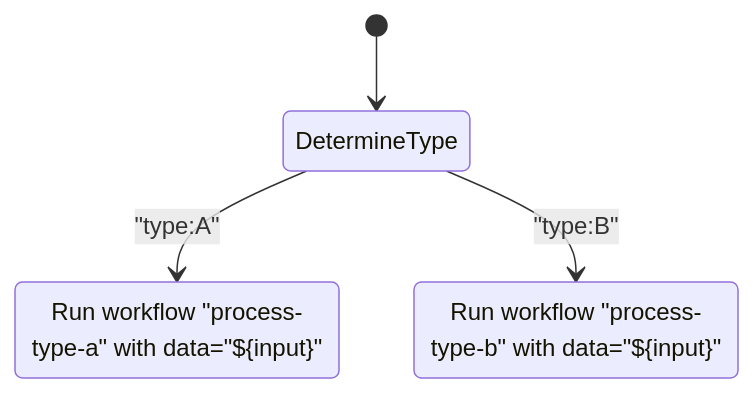
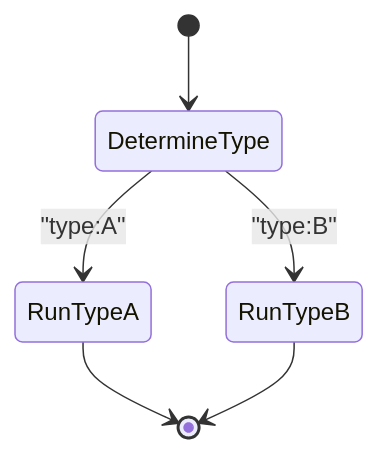
Before and after one commit to wballard/swissarmyhammer: the ninth of 10 diagrams in doc/src/workflows.md, drawn with Mermaid. The commit also changed other lines of this file and 3 other files, not shown here.

````diff
--- a/doc/src/workflows.md
+++ b/doc/src/workflows.md
@@ -341,9 +464,8 @@
 ```mermaid
 stateDiagram-v2
     [*] --> DetermineType
     DetermineType --> RunTypeA: "type:A"
     DetermineType --> RunTypeB: "type:B"
-    
-    RunTypeA: Run workflow "process-type-a" with data="${input}"
-    RunTypeB: Run workflow "process-type-b" with data="${input}"
+    RunTypeA --> [*]
+    RunTypeB --> [*]
 ```
````
